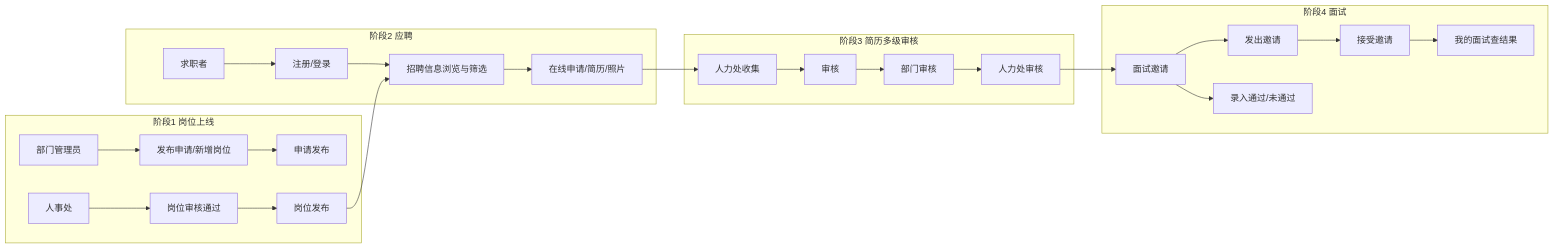
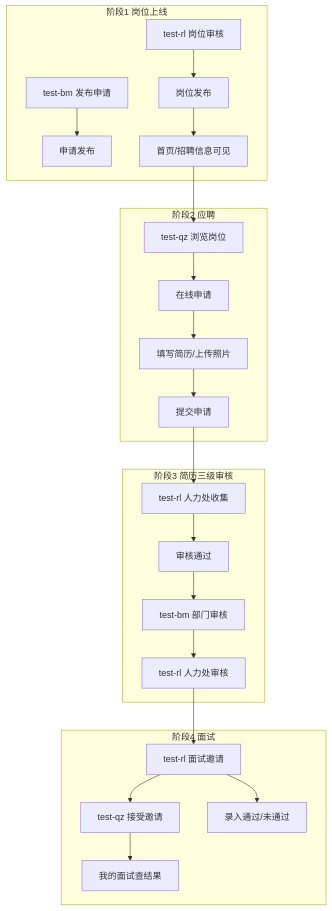
The diagram in docs/自动化测试方案.md (yunfanleoq/xgsrms), drawn with Mermaid before and after one commit. The commit also changed other lines of this file and 97 other files, not shown here.

````diff
--- a/docs/自动化测试方案.md
+++ b/docs/自动化测试方案.md
@@ -57,28 +28,26 @@
 ```mermaid
-flowchart LR
+flowchart TB
   subgraph P1[阶段1 岗位上线]
-    BM[部门管理员] --> A1[发布申请/新增岗位]
-    A1 --> A2[申请发布]
-    RL1[人事处] --> A3[岗位审核通过]
-    A3 --> A4[岗位发布]
+    BM1[test-bm 发布申请] --> BM2[申请发布]
+    RL1[test-rl 岗位审核] --> RL2[岗位发布]
+    RL2 --> PUB[首页/招聘信息可见]
   end
   subgraph P2[阶段2 应聘]
-    QZ[求职者] --> B1[注册/登录]
-    B1 --> B2[招聘信息浏览与筛选]
-    B2 --> B3[在线申请/简历/照片]
+    QZ1[test-qz 浏览岗位] --> QZ2[在线申请]
+    QZ2 --> QZ3[填写简历/上传照片]
+    QZ3 --> QZ4[提交申请]
   end
-  subgraph P3[阶段3 简历多级审核]
-    RL2[人力处收集] --> C1[审核]
-    C1 --> BM2[部门审核]
-    BM2 --> RL3[人力处审核]
+  subgraph P3[阶段3 简历三级审核]
+    RL3[test-rl 人力处收集] --> RL4[审核通过]
+    RL4 --> BM3[test-bm 部门审核]
+    BM3 --> RL5[test-rl 人力处审核]
   end
   subgraph P4[阶段4 面试]
-    RL4[面试邀请] --> D1[发出邀请]
-    D1 --> QZ2[接受邀请]
-    RL4 --> D2[录入通过/未通过]
-    QZ2 --> D3[我的面试查结果]
+    RL6[test-rl 面试邀请] --> QZ5[test-qz 接受邀请]
+    RL6 --> RL7[录入通过/未通过]
+    QZ5 --> QZ6[我的面试查结果]
   end
-  A4 --> B2
-  B3 --> RL2
-  RL3 --> RL4
+  PUB --> QZ1
+  QZ4 --> RL3
+  RL5 --> RL6
 ```
````
